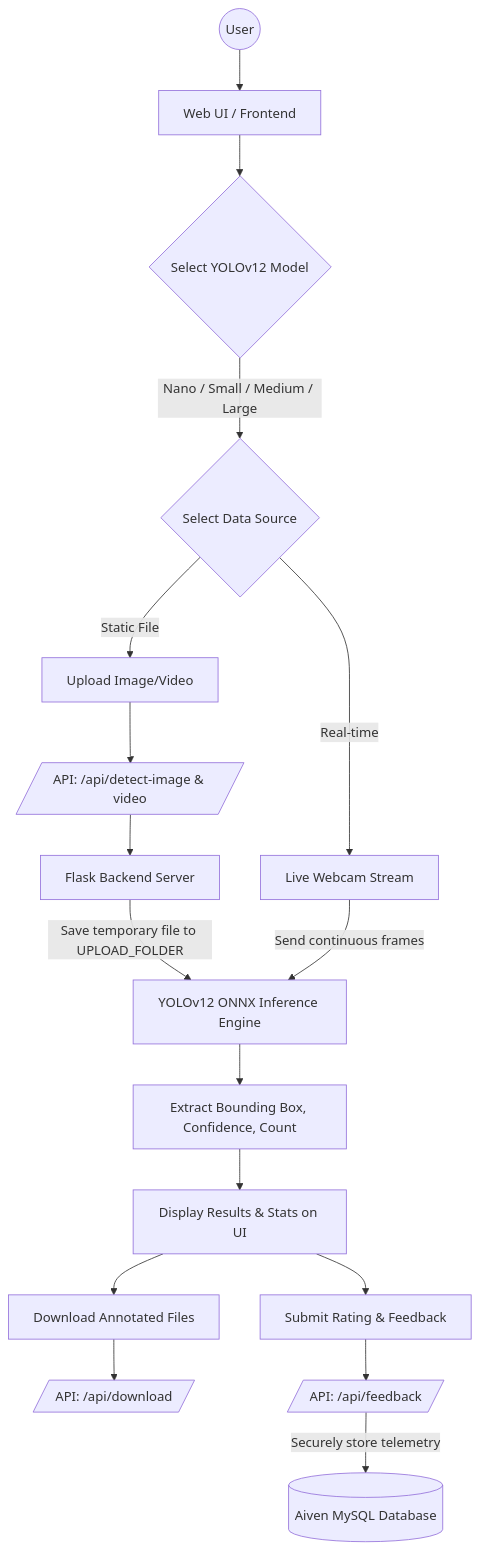
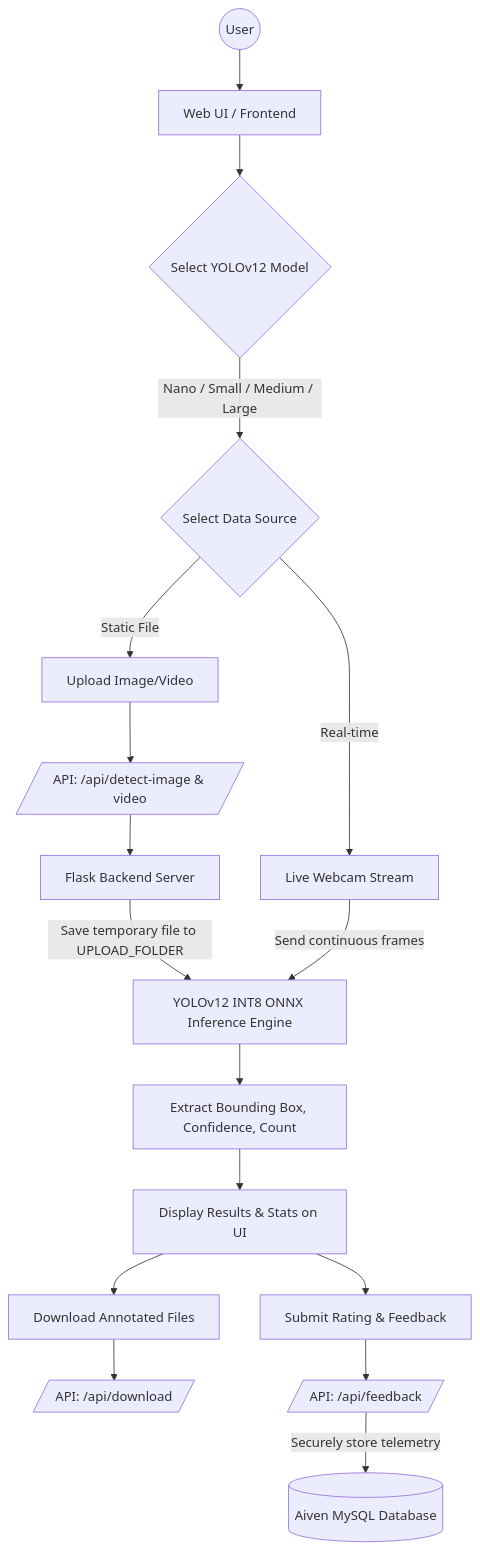
One commit to RevDra/human-face-detection changed the diagram in README.md. Above: the diagram before and after it, drawn with Mermaid. The commit also changed other lines of this file, not shown here.

First line of the commit message:
docs: Revise README for YOLOv12 INT8 model details

````diff
--- a/README.md
+++ b/README.md
@@ -47,54 +48,54 @@
 ```mermaid
 graph TD
     %% Define Nodes
     User((User))
     UI[Web UI / Frontend]
     ModelSelection{Select YOLOv12 Model}
     InputSelect{Select Data Source}
     
     %% Data Sources
     Upload[Upload Image/Video]
     Webcam[Live Webcam Stream]
     
     %% Backend & API
     API_Detect[/API: /api/detect-image & video/]
     FlaskBackend[Flask Backend Server]
-    YOLO_Engine[YOLOv12 ONNX Inference Engine]
+    YOLO_Engine[YOLOv12 INT8 ONNX Inference Engine]
     
     %% Results & Post-processing
     Results[Extract Bounding Box, Confidence, Count]
     Display[Display Results & Stats on UI]
     
     %% Actions & Telemetry
     Action_Download[Download Annotated Files]
     Action_Feedback[Submit Rating & Feedback]
     API_Download[/API: /api/download/]
     API_Feedback[/API: /api/feedback/]
     DB[(Aiven MySQL Database)]
 
     %% Edges (Flow)
     User --> UI
     UI --> ModelSelection
     ModelSelection -->|Nano / Small / Medium / Large| InputSelect
     
     InputSelect -->|Static File| Upload
     InputSelect -->|Real-time| Webcam
     
     Upload --> API_Detect
     API_Detect --> FlaskBackend
     FlaskBackend --> |Save temporary file to UPLOAD_FOLDER| YOLO_Engine
     
     Webcam --> |Send continuous frames| YOLO_Engine
     
     YOLO_Engine --> Results
     Results --> Display
     
     Display --> Action_Download
     Display --> Action_Feedback
     
     Action_Download --> API_Download
     Action_Feedback --> API_Feedback
     
     API_Feedback --> |Securely store telemetry| DB
 
 ```
````
